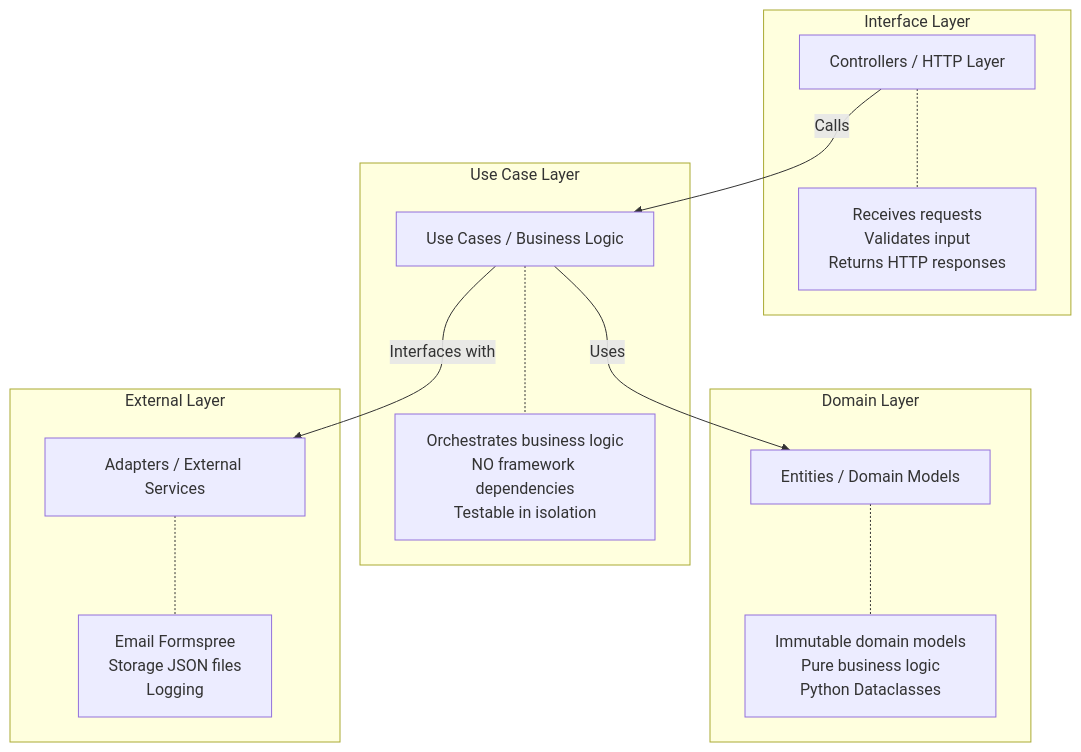
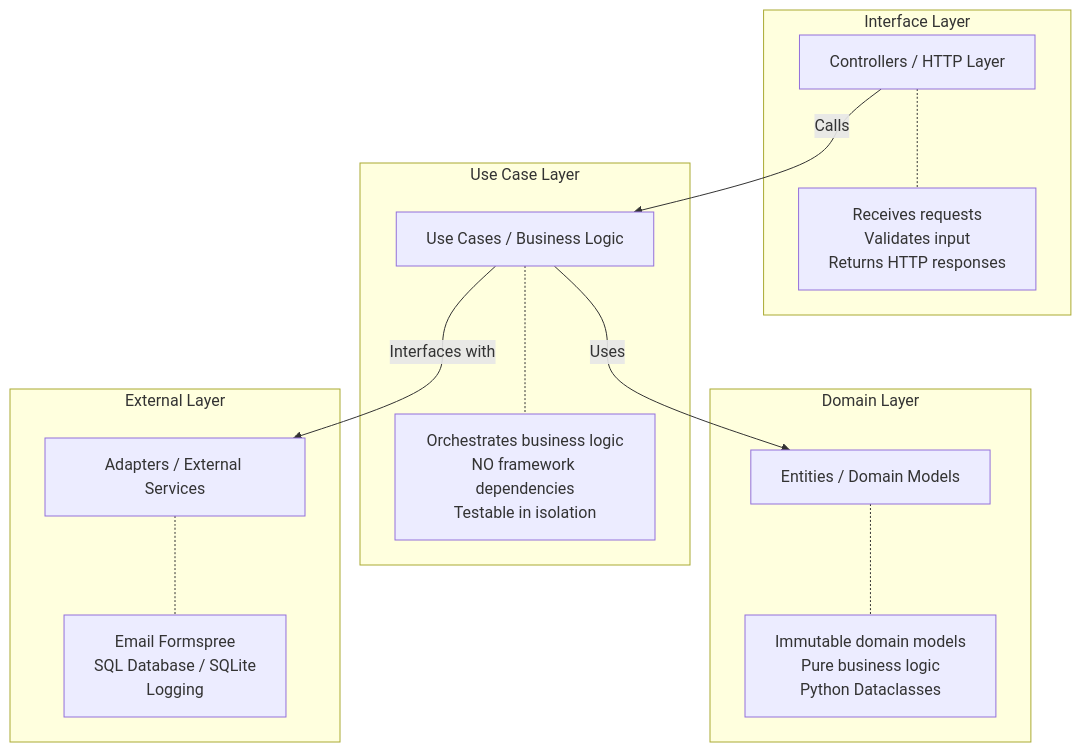
Before and after one commit to Argenis1412/Portf-lio: the diagram in backend/README.md, drawn with Mermaid. The commit also changed other lines of this file and 1 other file, not shown here.

Commit message:
docs: update README with SQL, Alembic and observability details; remove debug script

````diff
--- a/backend/README.md
+++ b/backend/README.md
@@ -25,26 +26,26 @@
 ```mermaid
 graph TD
     subgraph Interface Layer
         C[Controllers / HTTP Layer]
         C -.- note1[Receives requests<br>Validates input<br>Returns HTTP responses]
     end
     
     subgraph Use Case Layer
         UC[Use Cases / Business Logic]
         UC -.- note2[Orchestrates business logic<br>NO framework dependencies<br>Testable in isolation]
     end
     
     subgraph Domain Layer
         E[Entities / Domain Models]
         E -.- note3[Immutable domain models<br>Pure business logic<br>Python Dataclasses]
     end
     
     subgraph External Layer
         A[Adapters / External Services]
-        A -.- note4[Email Formspree<br>Storage JSON files<br>Logging]
+        A -.- note4[Email Formspree<br>SQL Database / SQLite<br>Logging]
     end
 
     C -->|Calls| UC
     UC -->|Uses| E
     UC -->|Interfaces with| A
 ```
````
